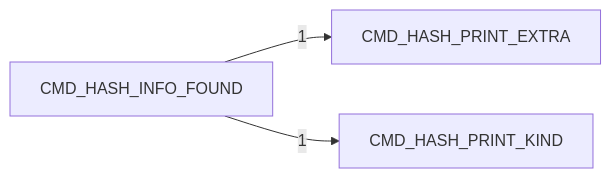
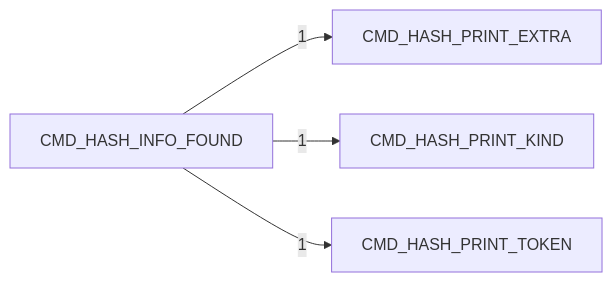
Before and after one commit to 95westus/R-YORS: the fifth of 7 diagrams in DOC/GENERATED/HASH_ROUTINE_MAP.md, drawn with Mermaid. The commit also changed other lines of this file and 85 other files, not shown here.

````diff
--- a/DOC/GENERATED/HASH_ROUTINE_MAP.md
+++ b/DOC/GENERATED/HASH_ROUTINE_MAP.md
@@ -80,5 +80,6 @@
 ```mermaid
 flowchart LR
     N_CMD_HASH_INFO_FOUND[CMD_HASH_INFO_FOUND] -->|1| N_CMD_HASH_PRINT_EXTRA[CMD_HASH_PRINT_EXTRA]
     N_CMD_HASH_INFO_FOUND[CMD_HASH_INFO_FOUND] -->|1| N_CMD_HASH_PRINT_KIND[CMD_HASH_PRINT_KIND]
+    N_CMD_HASH_INFO_FOUND[CMD_HASH_INFO_FOUND] -->|1| N_CMD_HASH_PRINT_TOKEN[CMD_HASH_PRINT_TOKEN]
 ```
````
